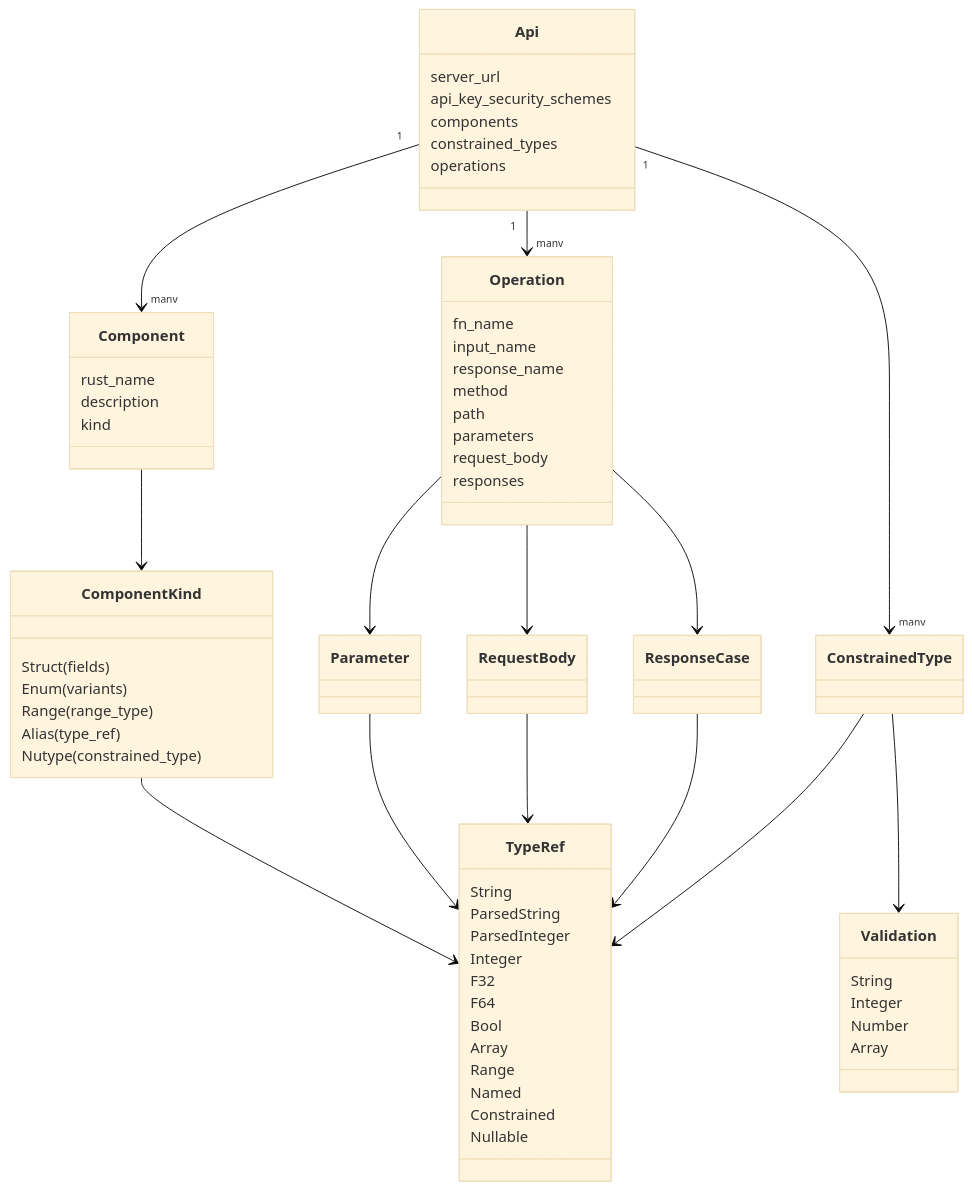
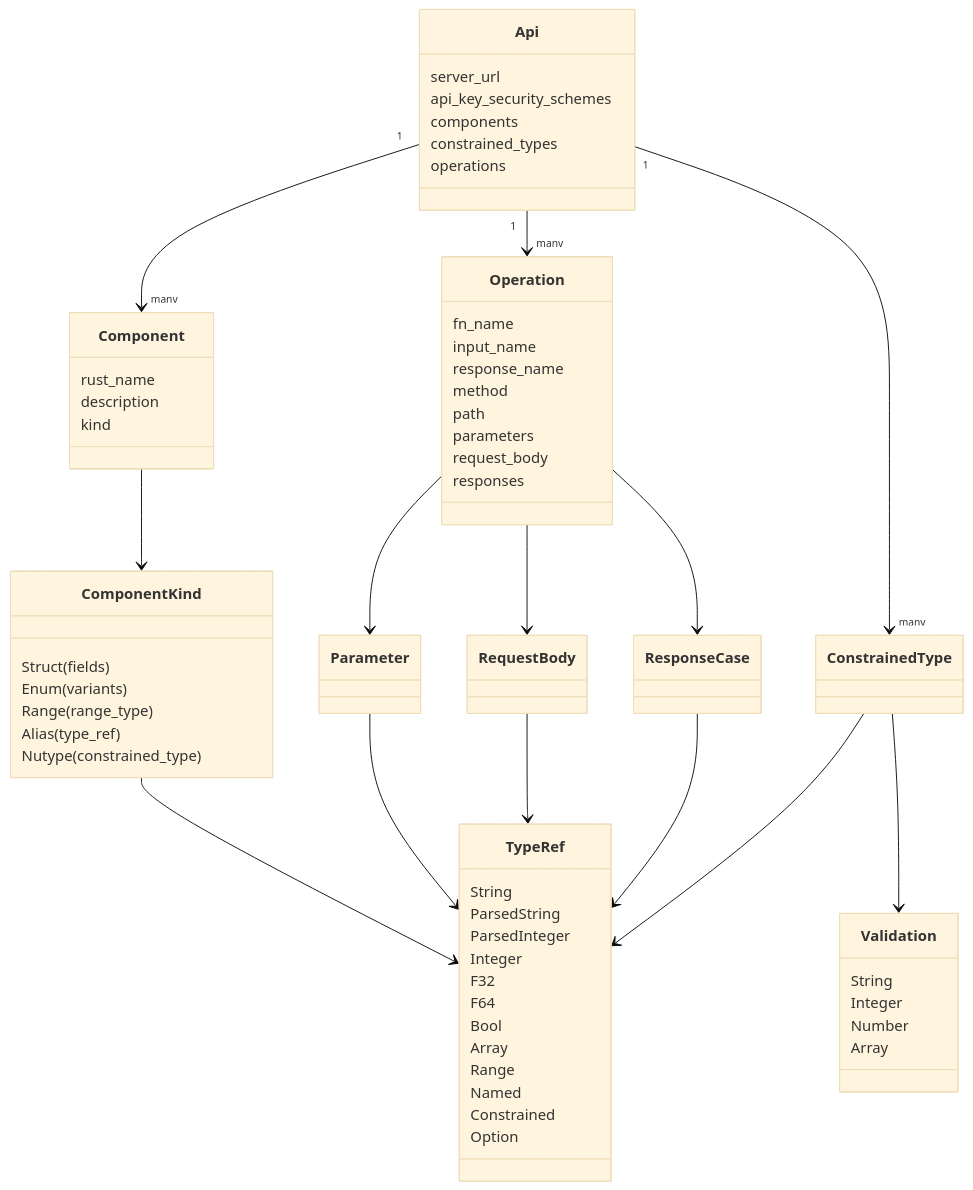
Before and after one commit to zeon256/satay-rs: the fifth of 6 diagrams in ARCHITECTURE.md, drawn with Mermaid (base theme). The commit also changed other lines of this file, not shown here.

````diff
--- a/ARCHITECTURE.md
+++ b/ARCHITECTURE.md
@@ -189,66 +181,66 @@
 ```mermaid
 classDiagram
     class Api {
         server_url
         api_key_security_schemes
         components
         constrained_types
         operations
     }
     class Component {
         rust_name
         description
         kind
     }
     class ComponentKind {
         Struct(fields)
         Enum(variants)
         Range(range_type)
         Alias(type_ref)
         Nutype(constrained_type)
     }
     class Operation {
         fn_name
         input_name
         response_name
         method
         path
         parameters
         request_body
         responses
     }
     class TypeRef {
         String
         ParsedString
         ParsedInteger
         Integer
         F32
         F64
         Bool
         Array
         Range
         Named
         Constrained
-        Nullable
+        Option
     }
     class Validation {
         String
         Integer
         Number
         Array
     }
 
     Api "1" --> "many" Component
     Api "1" --> "many" Operation
     Api "1" --> "many" ConstrainedType
     Component --> ComponentKind
     Operation --> Parameter
     Operation --> RequestBody
     Operation --> ResponseCase
     ComponentKind --> TypeRef
     Parameter --> TypeRef
     RequestBody --> TypeRef
     ResponseCase --> TypeRef
     ConstrainedType --> TypeRef
     ConstrainedType --> Validation
 ```
````
